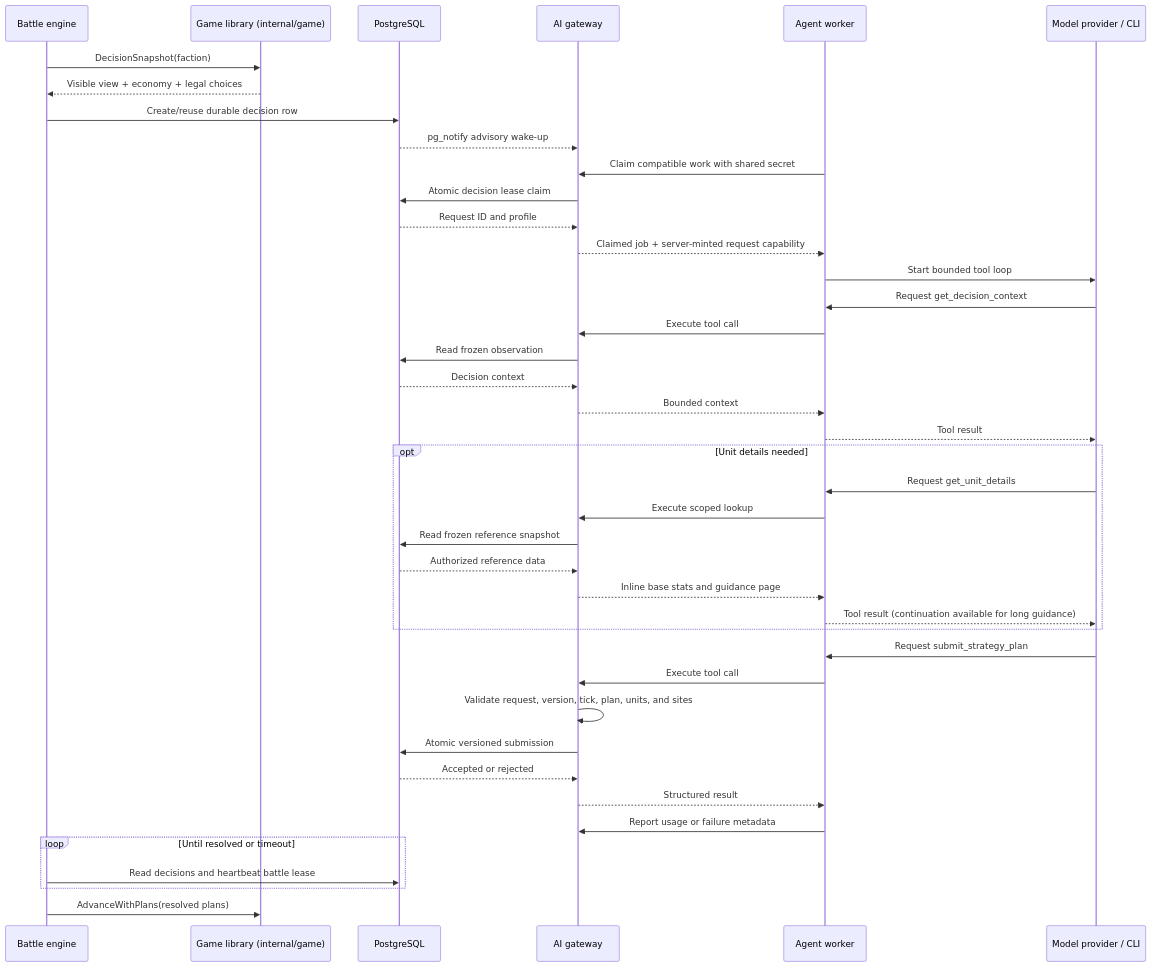
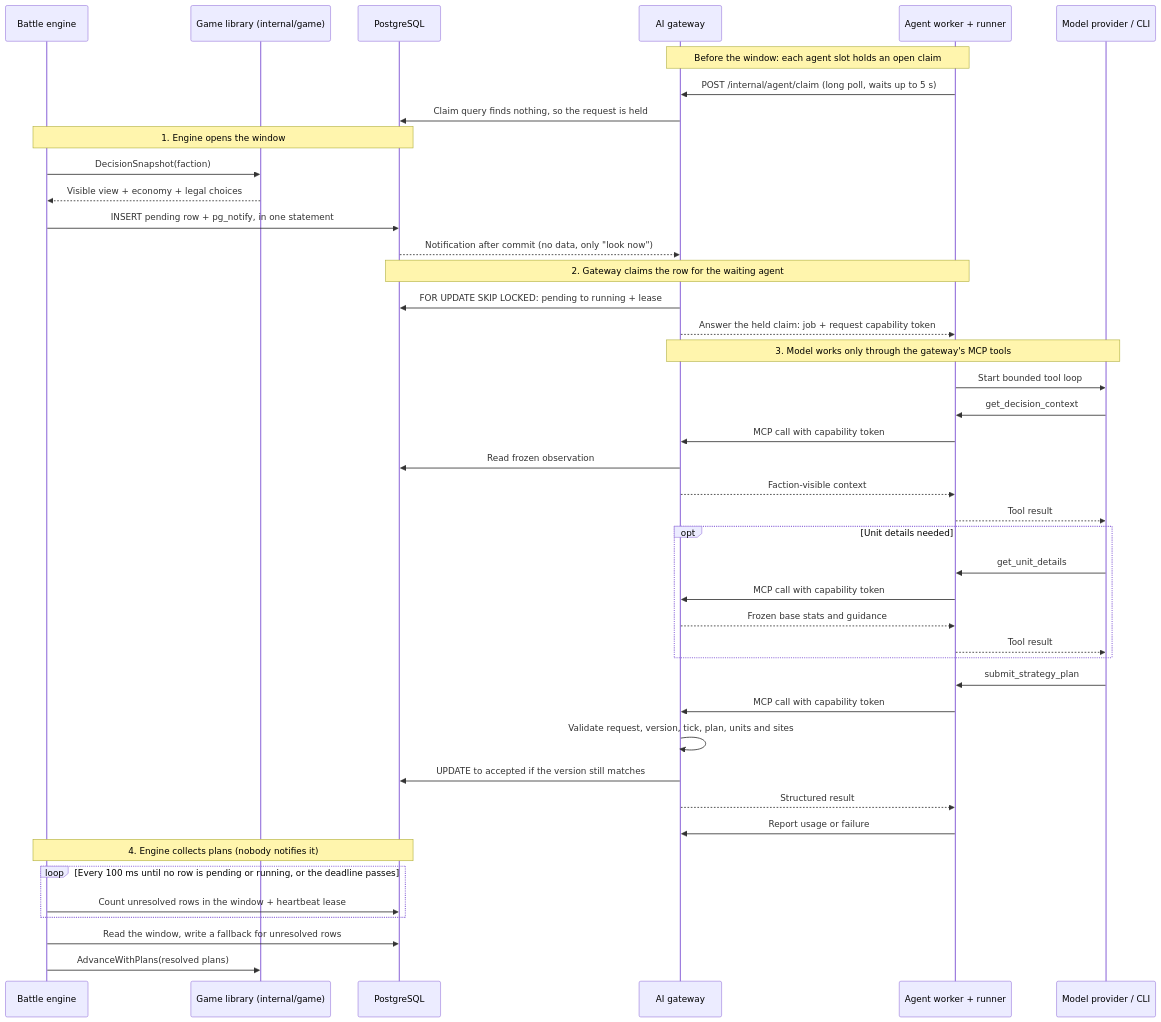
One commit to twhAuto/autonomous_battlefield changed the third of 3 diagrams in docs/architecture/system-architecture.md. Above: the diagram before and after it, drawn with Mermaid. The commit also changed other lines of this file, not shown here.

Commit message:
AB-144: show how a decision travels and why battles run one at a time

````diff
--- a/docs/architecture/system-architecture.md
+++ b/docs/architecture/system-architecture.md
@@ -216,44 +216,50 @@
 ```mermaid
 sequenceDiagram
     participant Engine as Battle engine
     participant Match as Game library (internal/game)
     participant DB as PostgreSQL
     participant Gateway as AI gateway
-    participant Agent as Agent worker
+    participant Agent as Agent worker + runner
     participant Model as Model provider / CLI
 
+    Note over Gateway,Agent: Before the window: each agent slot holds an open claim
+    Agent->>Gateway: POST /internal/agent/claim (long poll, waits up to 5 s)
+    Gateway->>DB: Claim query finds nothing, so the request is held
+
+    Note over Engine,DB: 1. Engine opens the window
     Engine->>Match: DecisionSnapshot(faction)
     Match-->>Engine: Visible view + economy + legal choices
-    Engine->>DB: Create/reuse durable decision row
-    DB-->>Gateway: pg_notify advisory wake-up
-    Agent->>Gateway: Claim compatible work with shared secret
-    Gateway->>DB: Atomic decision lease claim
-    DB-->>Gateway: Request ID and profile
-    Gateway-->>Agent: Claimed job + server-minted request capability
+    Engine->>DB: INSERT pending row + pg_notify, in one statement
+    DB-->>Gateway: Notification after commit (no data, only "look now")
+
+    Note over DB,Agent: 2. Gateway claims the row for the waiting agent
+    Gateway->>DB: FOR UPDATE SKIP LOCKED: pending to running + lease
+    Gateway-->>Agent: Answer the held claim: job + request capability token
+
+    Note over Gateway,Model: 3. Model works only through the gateway's MCP tools
     Agent->>Model: Start bounded tool loop
-    Model->>Agent: Request get_decision_context
-    Agent->>Gateway: Execute tool call
+    Model->>Agent: get_decision_context
+    Agent->>Gateway: MCP call with capability token
     Gateway->>DB: Read frozen observation
-    DB-->>Gateway: Decision context
-    Gateway-->>Agent: Bounded context
+    Gateway-->>Agent: Faction-visible context
     Agent-->>Model: Tool result
     opt Unit details needed
-        Model->>Agent: Request get_unit_details
-        Agent->>Gateway: Execute scoped lookup
-        Gateway->>DB: Read frozen reference snapshot
-        DB-->>Gateway: Authorized reference data
-        Gateway-->>Agent: Inline base stats and guidance page
-        Agent-->>Model: Tool result (continuation available for long guidance)
+        Model->>Agent: get_unit_details
+        Agent->>Gateway: MCP call with capability token
+        Gateway-->>Agent: Frozen base stats and guidance
+        Agent-->>Model: Tool result
     end
-    Model->>Agent: Request submit_strategy_plan
-    Agent->>Gateway: Execute tool call
-    Gateway->>Gateway: Validate request, version, tick, plan, units, and sites
-    Gateway->>DB: Atomic versioned submission
-    DB-->>Gateway: Accepted or rejected
+    Model->>Agent: submit_strategy_plan
+    Agent->>Gateway: MCP call with capability token
+    Gateway->>Gateway: Validate request, version, tick, plan, units and sites
+    Gateway->>DB: UPDATE to accepted if the version still matches
     Gateway-->>Agent: Structured result
-    Agent->>Gateway: Report usage or failure metadata
-    loop Until resolved or timeout
-        Engine->>DB: Read decisions and heartbeat battle lease
+    Agent->>Gateway: Report usage or failure
+
+    Note over Engine,DB: 4. Engine collects plans (nobody notifies it)
+    loop Every 100 ms until no row is pending or running, or the deadline passes
+        Engine->>DB: Count unresolved rows in the window + heartbeat lease
     end
+    Engine->>DB: Read the window, write a fallback for unresolved rows
     Engine->>Match: AdvanceWithPlans(resolved plans)
 ```
````
